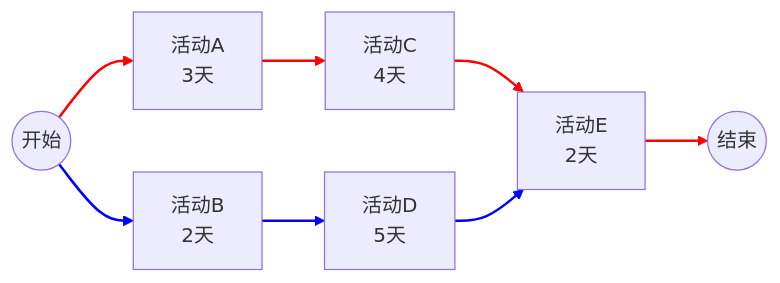
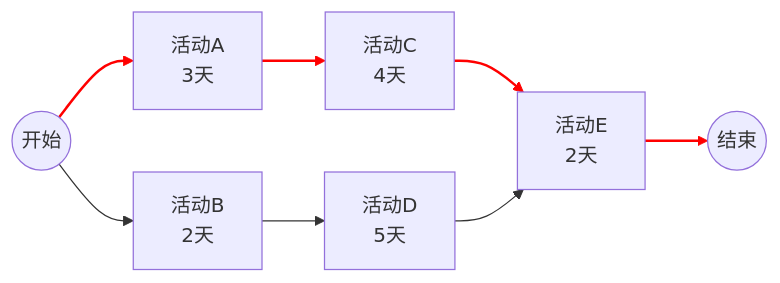
Before and after one commit to 7kolor/pmp-notes: the second of 4 diagrams in notes/02-过程域核心考点精解.md, drawn with Mermaid. The commit also changed other lines of this file and 6 other files, not shown here.

First line of the commit message:
fix: 修复图表显示、标题和格式问题

````diff
--- a/notes/02-过程域核心考点精解.md
+++ b/notes/02-过程域核心考点精解.md
@@ -113,18 +94,15 @@
     ```mermaid
     graph LR
         Start((开始)) --> A["活动A<br>3天"]
         Start --> B["活动B<br>2天"]
         A --> C["活动C<br>4天"]
         B --> D["活动D<br>5天"]
         C --> E["活动E<br>2天"]
         D --> E
         E --> End((结束))
 
         linkStyle 0 stroke-width:2px,stroke:red,fill:none;
-        linkStyle 1 stroke-width:2px,stroke:blue,fill:none;
         linkStyle 2 stroke-width:2px,stroke:red,fill:none;
-        linkStyle 3 stroke-width:2px,stroke:blue,fill:none;
         linkStyle 4 stroke-width:2px,stroke:red,fill:none;
-        linkStyle 5 stroke-width:2px,stroke:blue,fill:none;
         linkStyle 6 stroke-width:2px,stroke:red,fill:none;
     ```
````
